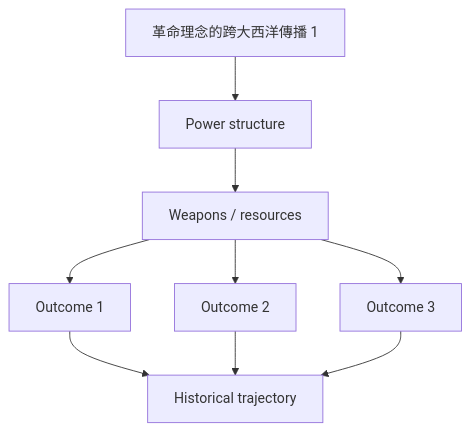
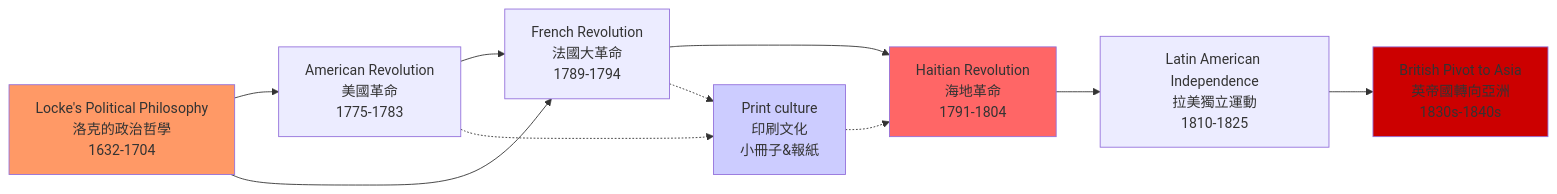
The first of 10 diagrams in 01_HKU_Courses/HIST2229_Global_Atlantic_revolutions.md (yip-lgtm/HKU-Harvard-History-Self-Study), drawn with Mermaid before and after one commit. The commit also changed other lines of this file and 8 other files, not shown here.

````diff
--- a/01_HKU_Courses/HIST2229_Global_Atlantic_revolutions.md
+++ b/01_HKU_Courses/HIST2229_Global_Atlantic_revolutions.md
@@ -107,11 +125,16 @@
 ```mermaid
-graph TD
-    A[革命理念的跨大西洋傳播 1] --> B[Power structure]
-    B --> C[Weapons / resources]
-    C --> D[Outcome 1]
-    C --> E[Outcome 2]
-    C --> F[Outcome 3]
-    D --> G[Historical trajectory]
-    E --> G
-    F --> G
+graph LR
+    A[Locke's Political Philosophy<br/>洛克的政治哲學<br/>1632-1704] --> B[American Revolution<br/>美國革命<br/>1775-1783]
+    B --> C[French Revolution<br/>法國大革命<br/>1789-1794]
+    C --> D[Haitian Revolution<br/>海地革命<br/>1791-1804]
+    D --> E[Latin American Independence<br/>拉美獨立運動<br/>1810-1825]
+    E --> F[British Pivot to Asia<br/>英帝國轉向亞洲<br/>1830s-1840s]
+    A --> C
+    B -.-> G[Print culture<br/>印刷文化<br/>小冊子&報紙]
+    C -.-> G
+    G -.-> D
+    style A fill:#f96
+    style D fill:#f66
+    style F fill:#c00
+    style G fill:#ccf
 ```
````
